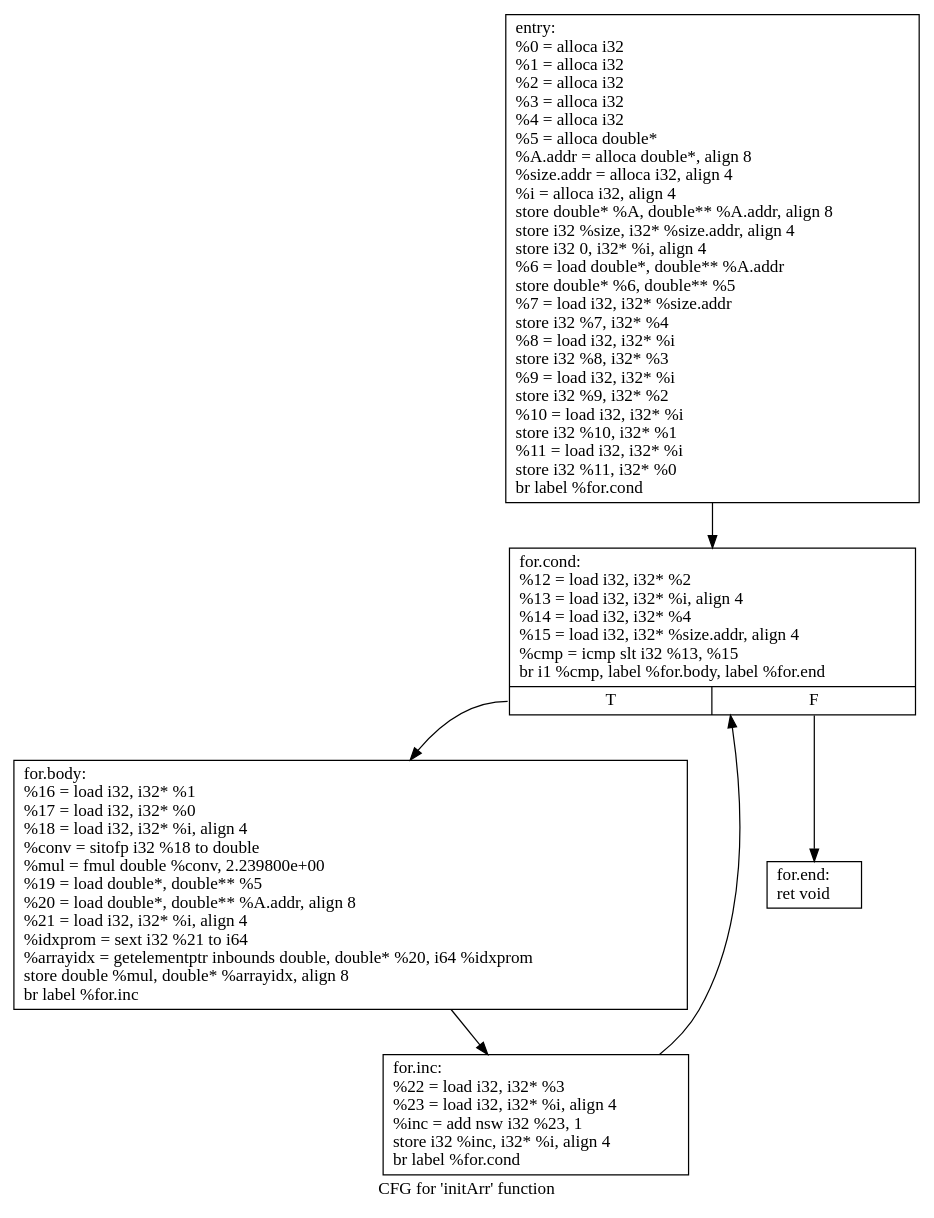
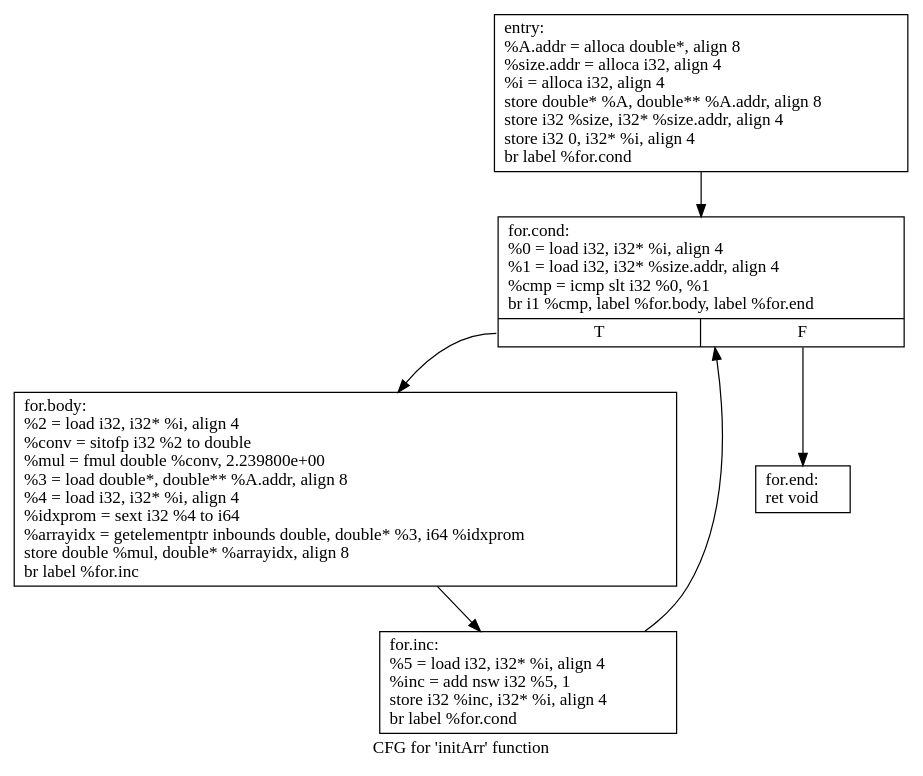
One commit to mattqemo/eecs583fp changed the diagram in 583simple/.initArr.dot. Above: the diagram before and after it, drawn with Graphviz. The commit also changed 15 other files, not shown here.

```diff
--- a/583simple/.initArr.dot
+++ b/583simple/.initArr.dot
@@ -1,14 +1,14 @@
 digraph "CFG for 'initArr' function" {
 	label="CFG for 'initArr' function";
 
-	Node0x558ef39aad60 [shape=record,label="{entry:\l  %0 = alloca i32\l  %1 = alloca i32\l  %2 = alloca i32\l  %3 = alloca i32\l  %4 = alloca i32\l  %5 = alloca double*\l  %A.addr = alloca double*, align 8\l  %size.addr = alloca i32, align 4\l  %i = alloca i32, align 4\l  store double* %A, double** %A.addr, align 8\l  store i32 %size, i32* %size.addr, align 4\l  store i32 0, i32* %i, align 4\l  %6 = load double*, double** %A.addr\l  store double* %6, double** %5\l  %7 = load i32, i32* %size.addr\l  store i32 %7, i32* %4\l  %8 = load i32, i32* %i\l  store i32 %8, i32* %3\l  %9 = load i32, i32* %i\l  store i32 %9, i32* %2\l  %10 = load i32, i32* %i\l  store i32 %10, i32* %1\l  %11 = load i32, i32* %i\l  store i32 %11, i32* %0\l  br label %for.cond\l}"];
-	Node0x558ef39aad60 -> Node0x558ef39abe90;
-	Node0x558ef39abe90 [shape=record,label="{for.cond:                                         \l  %12 = load i32, i32* %2\l  %13 = load i32, i32* %i, align 4\l  %14 = load i32, i32* %4\l  %15 = load i32, i32* %size.addr, align 4\l  %cmp = icmp slt i32 %13, %15\l  br i1 %cmp, label %for.body, label %for.end\l|{<s0>T|<s1>F}}"];
-	Node0x558ef39abe90:s0 -> Node0x558ef39abee0;
-	Node0x558ef39abe90:s1 -> Node0x558ef39abf80;
-	Node0x558ef39abee0 [shape=record,label="{for.body:                                         \l  %16 = load i32, i32* %1\l  %17 = load i32, i32* %0\l  %18 = load i32, i32* %i, align 4\l  %conv = sitofp i32 %18 to double\l  %mul = fmul double %conv, 2.239800e+00\l  %19 = load double*, double** %5\l  %20 = load double*, double** %A.addr, align 8\l  %21 = load i32, i32* %i, align 4\l  %idxprom = sext i32 %21 to i64\l  %arrayidx = getelementptr inbounds double, double* %20, i64 %idxprom\l  store double %mul, double* %arrayidx, align 8\l  br label %for.inc\l}"];
-	Node0x558ef39abee0 -> Node0x558ef39abf30;
-	Node0x558ef39abf30 [shape=record,label="{for.inc:                                          \l  %22 = load i32, i32* %3\l  %23 = load i32, i32* %i, align 4\l  %inc = add nsw i32 %23, 1\l  store i32 %inc, i32* %i, align 4\l  br label %for.cond\l}"];
-	Node0x558ef39abf30 -> Node0x558ef39abe90;
-	Node0x558ef39abf80 [shape=record,label="{for.end:                                          \l  ret void\l}"];
+	Node0x556059a51d10 [shape=record,label="{entry:\l  %A.addr = alloca double*, align 8\l  %size.addr = alloca i32, align 4\l  %i = alloca i32, align 4\l  store double* %A, double** %A.addr, align 8\l  store i32 %size, i32* %size.addr, align 4\l  store i32 0, i32* %i, align 4\l  br label %for.cond\l}"];
+	Node0x556059a51d10 -> Node0x556059a52e40;
+	Node0x556059a52e40 [shape=record,label="{for.cond:                                         \l  %0 = load i32, i32* %i, align 4\l  %1 = load i32, i32* %size.addr, align 4\l  %cmp = icmp slt i32 %0, %1\l  br i1 %cmp, label %for.body, label %for.end\l|{<s0>T|<s1>F}}"];
+	Node0x556059a52e40:s0 -> Node0x556059a52e90;
+	Node0x556059a52e40:s1 -> Node0x556059a52f30;
+	Node0x556059a52e90 [shape=record,label="{for.body:                                         \l  %2 = load i32, i32* %i, align 4\l  %conv = sitofp i32 %2 to double\l  %mul = fmul double %conv, 2.239800e+00\l  %3 = load double*, double** %A.addr, align 8\l  %4 = load i32, i32* %i, align 4\l  %idxprom = sext i32 %4 to i64\l  %arrayidx = getelementptr inbounds double, double* %3, i64 %idxprom\l  store double %mul, double* %arrayidx, align 8\l  br label %for.inc\l}"];
+	Node0x556059a52e90 -> Node0x556059a52ee0;
+	Node0x556059a52ee0 [shape=record,label="{for.inc:                                          \l  %5 = load i32, i32* %i, align 4\l  %inc = add nsw i32 %5, 1\l  store i32 %inc, i32* %i, align 4\l  br label %for.cond\l}"];
+	Node0x556059a52ee0 -> Node0x556059a52e40;
+	Node0x556059a52f30 [shape=record,label="{for.end:                                          \l  ret void\l}"];
 }
```
